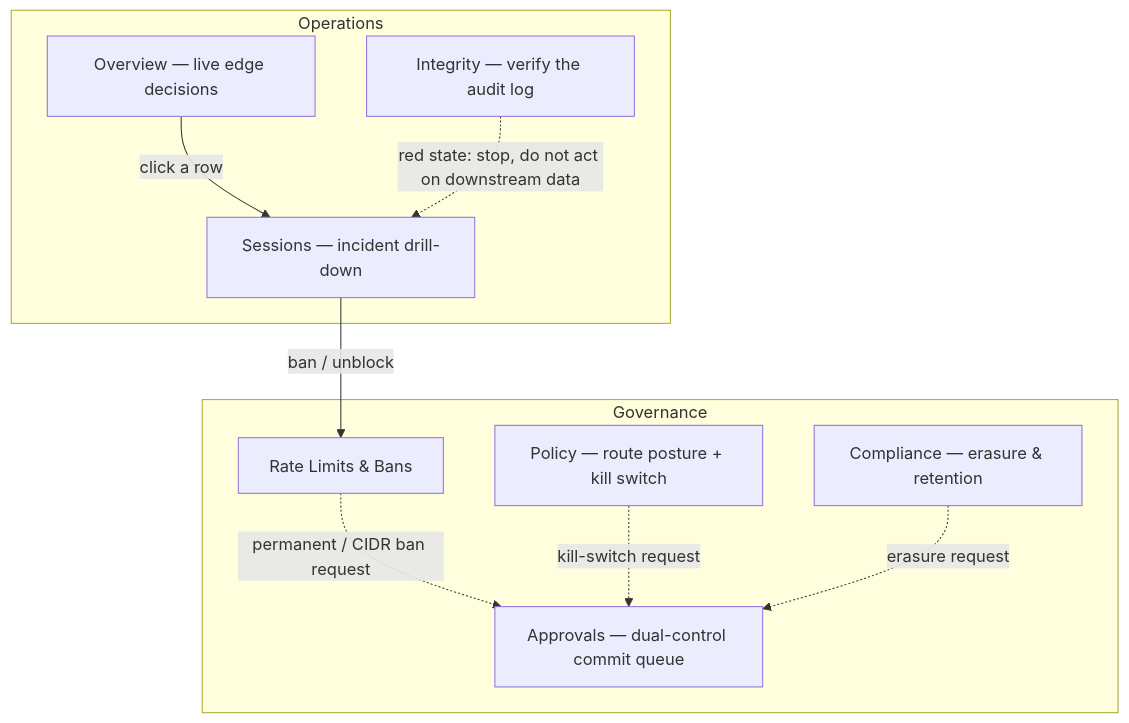
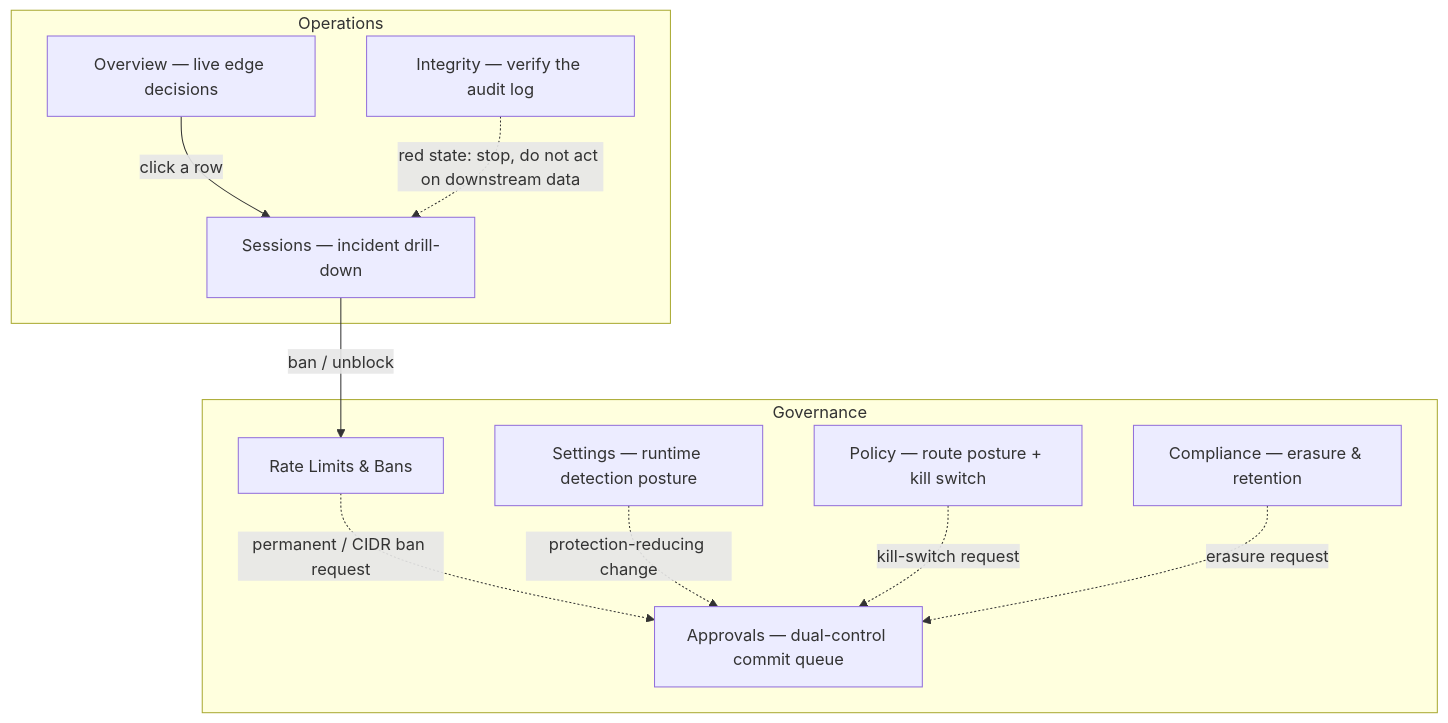
Before and after one commit to modootoday/humanymous: the diagram in docs/how-to/audit-console-tour.md, drawn with Mermaid. The commit also changed other lines of this file and 62 other files, not shown here.

````diff
--- a/docs/how-to/audit-console-tour.md
+++ b/docs/how-to/audit-console-tour.md
@@ -40,20 +40,22 @@
 ```mermaid
 flowchart TD
   subgraph Ops["Operations"]
     OV["Overview — live edge decisions"]
     IN["Integrity — verify the audit log"]
     SE["Sessions — incident drill-down"]
   end
   subgraph Gov["Governance"]
     RB["Rate Limits & Bans"]
     PO["Policy — route posture + kill switch"]
+    ST["Settings — runtime detection posture"]
     CO["Compliance — erasure & retention"]
     AP["Approvals — dual-control commit queue"]
   end
   OV -->|"click a row"| SE
   SE -->|"ban / unblock"| RB
   IN -.->|"red state: stop, do not act on downstream data"| SE
   RB -.->|"permanent / CIDR ban request"| AP
+  ST -.->|"protection-reducing change"| AP
   PO -.->|"kill-switch request"| AP
   CO -.->|"erasure request"| AP
 ```
````
